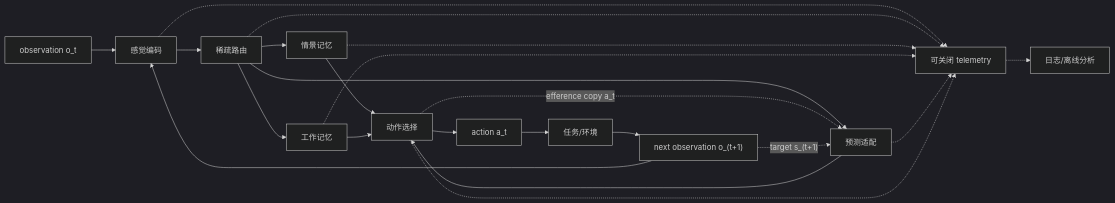
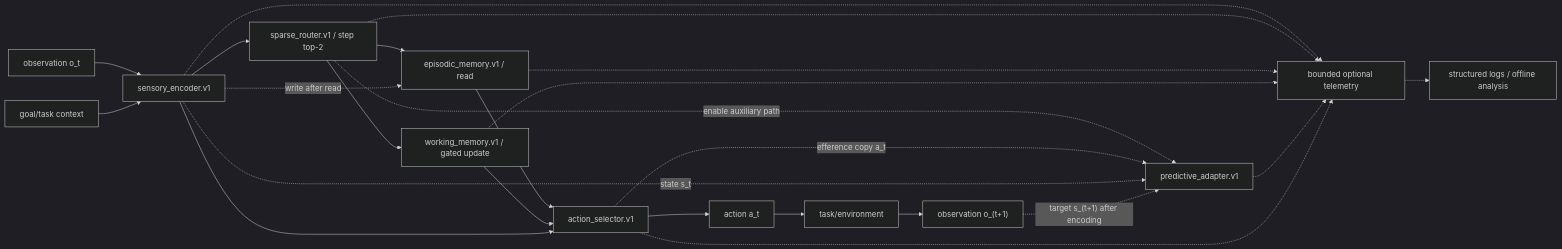
Before and after one commit to liberal-CloudArchitect/neuromorphic_network: the diagram in docs/computational_graph.md, drawn with Mermaid (dark theme). The commit also changed other lines of this file and 18 other files, not shown here.

````diff
--- a/docs/computational_graph.md
+++ b/docs/computational_graph.md
@@ -13,25 +13,27 @@
 ```mermaid
 flowchart LR
-    OBS["observation o_t"] --> ENC["感觉编码"]
-    ENC --> ROUTER["稀疏路由"]
-    ROUTER --> EMEM["情景记忆"]
-    ROUTER --> WMEM["工作记忆"]
-    ROUTER --> PRED["预测适配"]
-    EMEM --> SELECT["动作选择"]
+    OBS["observation o_t"] --> ENC["sensory_encoder.v1"]
+    GOAL["goal/task context"] --> ENC
+    ENC --> ROUTER["sparse_router.v1 / step top-2"]
+    ROUTER --> EMEM["episodic_memory.v1 / read"]
+    ROUTER --> WMEM["working_memory.v1 / gated update"]
+    ROUTER -. "enable auxiliary path" .-> PRED["predictive_adapter.v1"]
+    EMEM --> SELECT["action_selector.v1"]
     WMEM --> SELECT
-    PRED --> SELECT
+    ENC --> SELECT
     SELECT --> ACT["action a_t"]
-    ACT --> ENV["任务/环境"]
-    ENV --> NEXT["next observation o_(t+1)"]
-    NEXT --> ENC
+    ACT --> ENV["task/environment"]
+    ENV --> NEXT["observation o_(t+1)"]
     SELECT -. "efference copy a_t" .-> PRED
-    NEXT -. "target s_(t+1)" .-> PRED
+    ENC -. "state s_t" .-> PRED
+    NEXT -. "target s_(t+1) after encoding" .-> PRED
+    ENC -. "write after read" .-> EMEM
 
-    ENC -.-> BUS["可关闭 telemetry"]
+    ENC -.-> BUS["bounded optional telemetry"]
     ROUTER -.-> BUS
     EMEM -.-> BUS
     WMEM -.-> BUS
     PRED -.-> BUS
     SELECT -.-> BUS
-    BUS -.-> LOG["日志/离线分析"]
+    BUS -.-> LOG["structured logs / offline analysis"]
 ```
````
